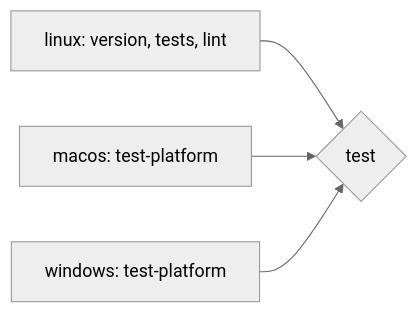
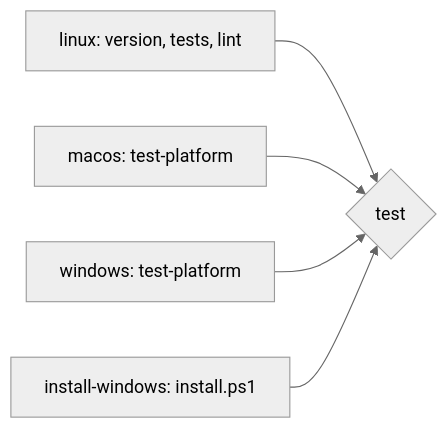
Before and after one commit to turkosaurus/synth: the diagram in .github/workflows/README.md, drawn with Mermaid (neutral theme). The commit also changed other lines of this file and 4 other files, not shown here.

Commit message:
install.ps1: install on Windows from PowerShell, checked end to end in CI

````diff
--- a/.github/workflows/README.md
+++ b/.github/workflows/README.md
@@ -10,6 +10,7 @@
 ```mermaid
 flowchart LR
     linux["linux: version, tests, lint"] --> test{test}
     macos["macos: test-platform"] --> test
     windows["windows: test-platform"] --> test
+    install["install-windows: install.ps1"] --> test
 ```
````
